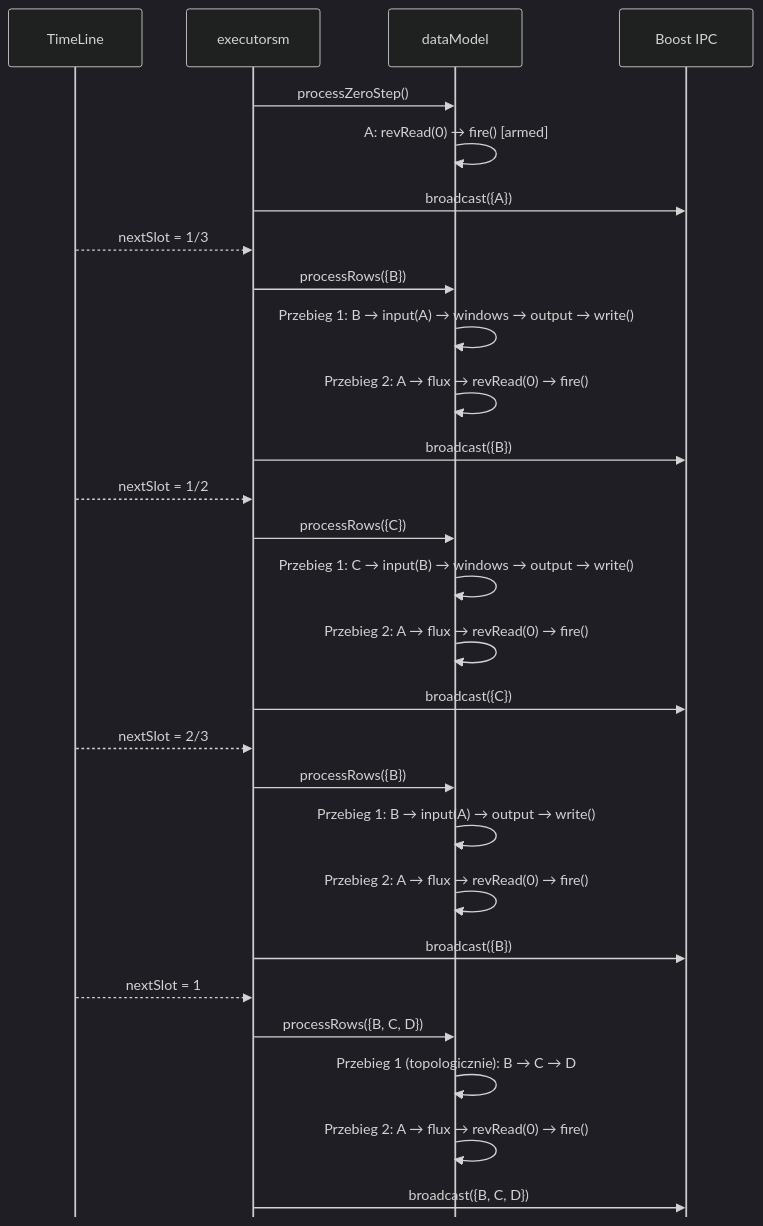
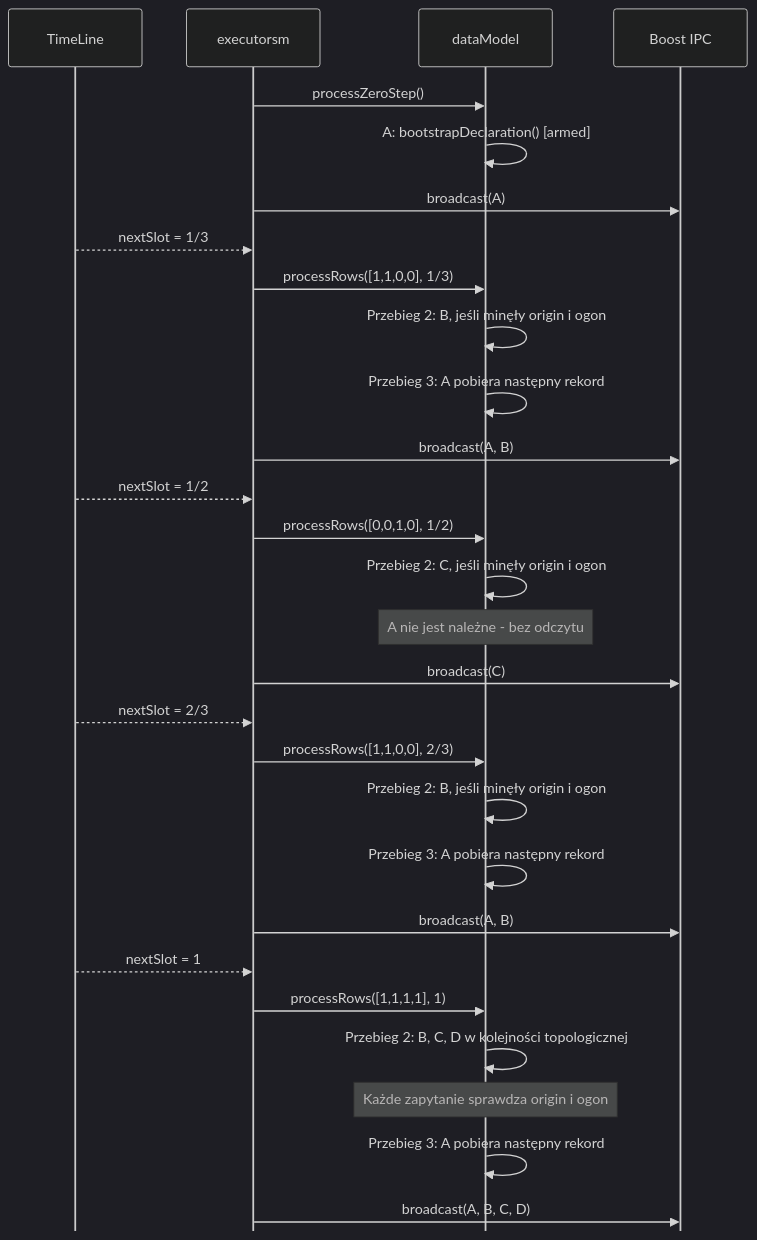
The sixth of 6 diagrams in realizacja-zapytan/algorytm-przegladu-drzewa-zapytan.md (michalwidera/dokumentacja-rdb), drawn with Mermaid (dark theme) before and after one commit. The commit also changed other lines of this file and 4 other files, not shown here.

````diff
--- a/realizacja-zapytan/algorytm-przegladu-drzewa-zapytan.md
+++ b/realizacja-zapytan/algorytm-przegladu-drzewa-zapytan.md
@@ -206,38 +209,39 @@
 ```mermaid
 %% pdf-width: 85%
 %% pdf-height: 65%
 %%{init: {"markdownAutoWrap": false, "sequence": {"mirrorActors": false, "messageMargin": 22, "boxMargin": 6}}}%%
 sequenceDiagram
     participant TL as TimeLine
     participant ES as executorsm
     participant DM as dataModel
     participant IPC as Boost IPC
 
     ES->>DM: processZeroStep()
-    DM->>DM: A: revRead(0) → fire() [armed]
-    ES->>IPC: broadcast({A})
+    DM->>DM: A: bootstrapDeclaration() [armed]
+    ES->>IPC: broadcast(A)
 
     TL-->>ES: nextSlot = 1/3
-    ES->>DM: processRows({B})
-    DM->>DM: Przebieg 1: B → input(A) → windows → output → write()
-    DM->>DM: Przebieg 2: A → flux → revRead(0) → fire()
-    ES->>IPC: broadcast({B})
+    ES->>DM: processRows([1,1,0,0], 1/3)
+    DM->>DM: Przebieg 2: B, jeśli minęły origin i ogon
+    DM->>DM: Przebieg 3: A pobiera następny rekord
+    ES->>IPC: broadcast(A, B)
 
     TL-->>ES: nextSlot = 1/2
-    ES->>DM: processRows({C})
-    DM->>DM: Przebieg 1: C → input(B) → windows → output → write()
-    DM->>DM: Przebieg 2: A → flux → revRead(0) → fire()
-    ES->>IPC: broadcast({C})
+    ES->>DM: processRows([0,0,1,0], 1/2)
+    DM->>DM: Przebieg 2: C, jeśli minęły origin i ogon
+    Note over DM: A nie jest należne - bez odczytu
+    ES->>IPC: broadcast(C)
 
     TL-->>ES: nextSlot = 2/3
-    ES->>DM: processRows({B})
-    DM->>DM: Przebieg 1: B → input(A) → output → write()
-    DM->>DM: Przebieg 2: A → flux → revRead(0) → fire()
-    ES->>IPC: broadcast({B})
+    ES->>DM: processRows([1,1,0,0], 2/3)
+    DM->>DM: Przebieg 2: B, jeśli minęły origin i ogon
+    DM->>DM: Przebieg 3: A pobiera następny rekord
+    ES->>IPC: broadcast(A, B)
 
     TL-->>ES: nextSlot = 1
-    ES->>DM: processRows({B, C, D})
-    DM->>DM: Przebieg 1 (topologicznie): B → C → D
-    DM->>DM: Przebieg 2: A → flux → revRead(0) → fire()
-    ES->>IPC: broadcast({B, C, D})
+    ES->>DM: processRows([1,1,1,1], 1)
+    DM->>DM: Przebieg 2: B, C, D w kolejności topologicznej
+    Note over DM: Każde zapytanie sprawdza origin i ogon
+    DM->>DM: Przebieg 3: A pobiera następny rekord
+    ES->>IPC: broadcast(A, B, C, D)
 ```
````
